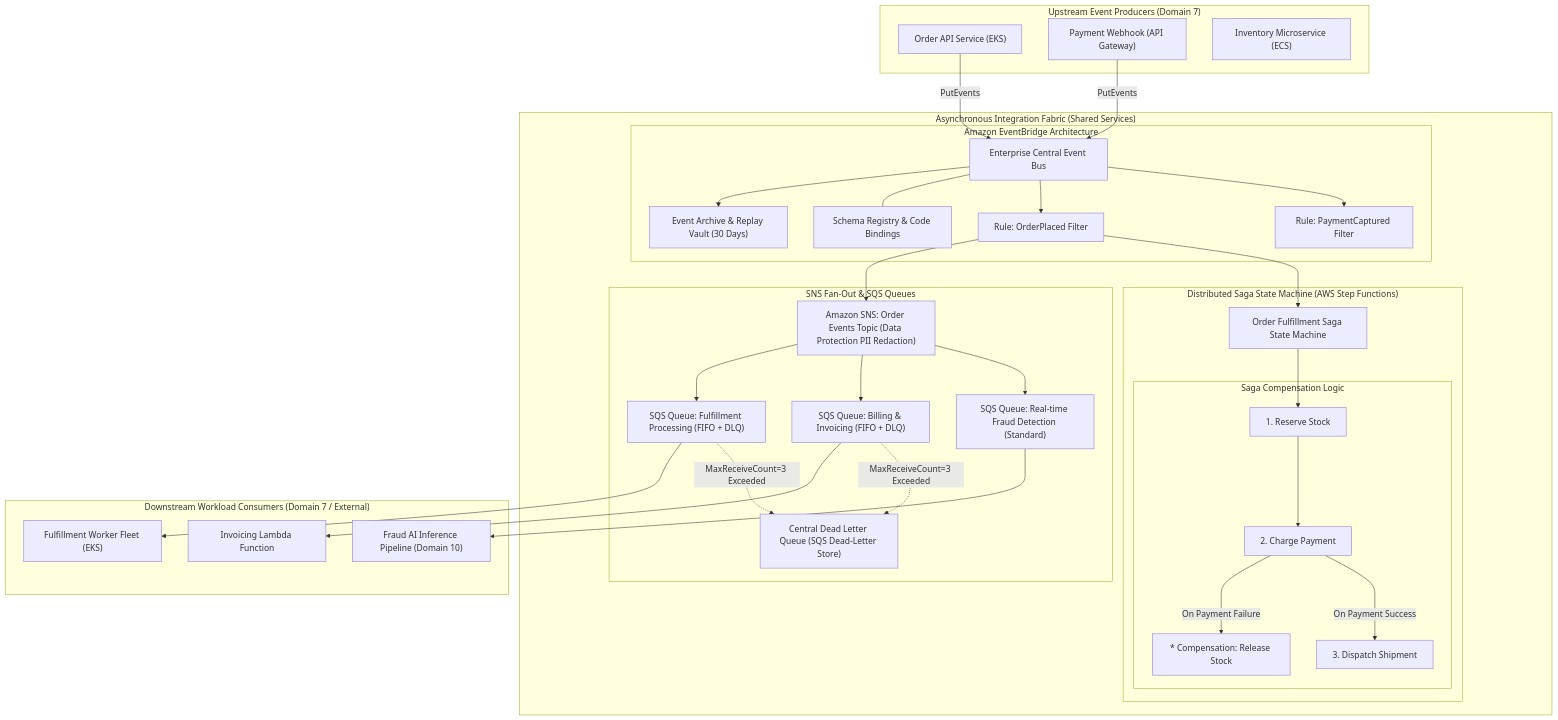
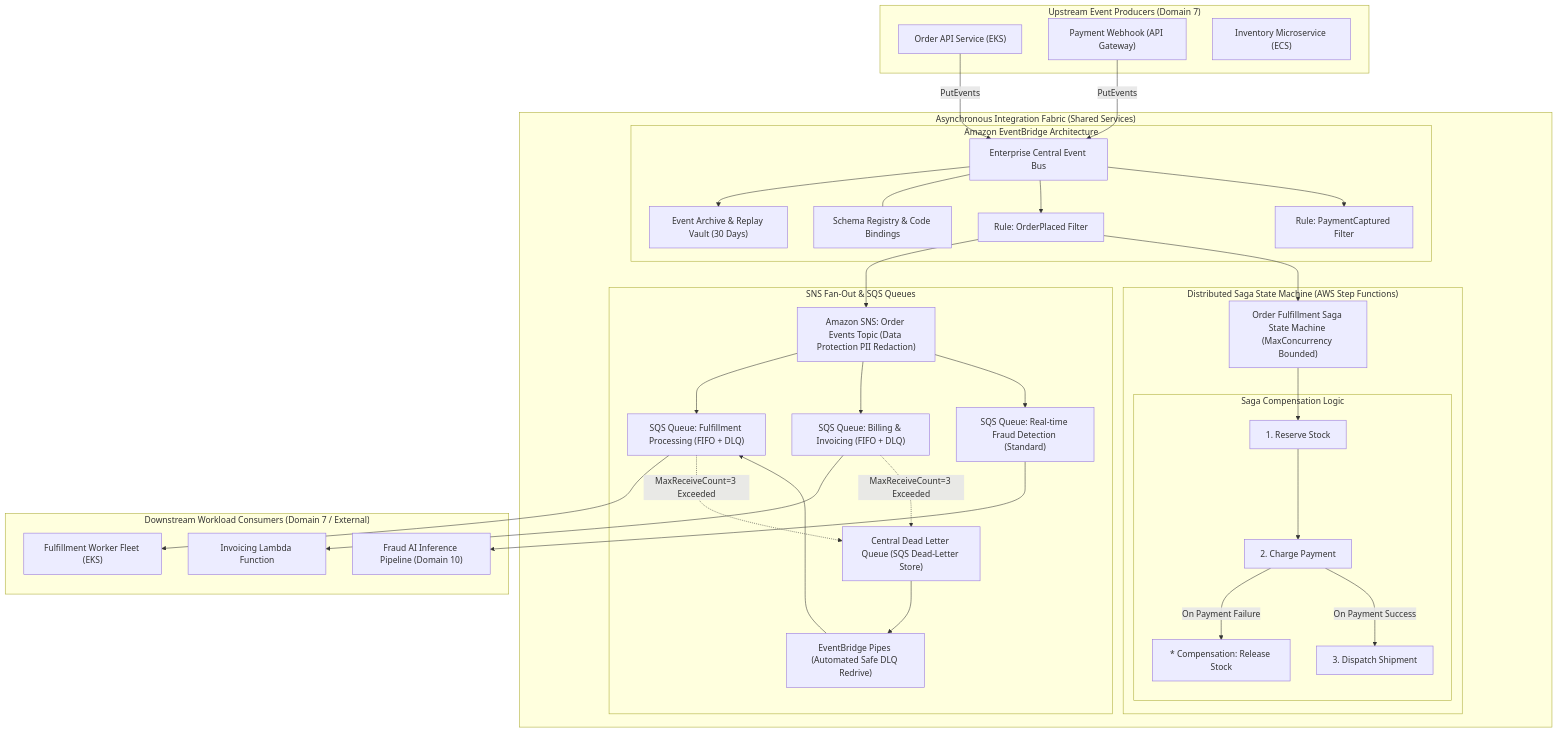
One commit to minddrop/aws-solution-map changed the diagram in docs/08-application-integration-async-orchestration.md. Above: the diagram before and after it, drawn with Mermaid. The commit also changed other lines of this file and 16 other files, not shown here.

Commit message:
feat(blueprint): apply enterprise architectural modernizations across all 11 domains and contracts

````diff
--- a/docs/08-application-integration-async-orchestration.md
+++ b/docs/08-application-integration-async-orchestration.md
@@ -102,75 +100,77 @@
 ```mermaid
 flowchart TB
     subgraph Publisher_Services["Upstream Event Producers (Domain 7)"]
         Order_Microservice["Order API Service (EKS)"]
         Payment_Webhook["Payment Webhook (API Gateway)"]
         Inventory_Service["Inventory Microservice (ECS)"]
     end
 
     subgraph Central_Integration_Platform["Asynchronous Integration Fabric (Shared Services)"]
         
         subgraph EventBridge_Core["Amazon EventBridge Architecture"]
             Central_Bus["Enterprise Central Event Bus"]
             Schema_Discovery["Schema Registry & Code Bindings"]
             Event_Archive["Event Archive & Replay Vault (30 Days)"]
             
             Rule_Order_Placed["Rule: OrderPlaced Filter"]
             Rule_Payment_Processed["Rule: PaymentCaptured Filter"]
         end
 
         subgraph Fanout_and_Buffering["SNS Fan-Out & SQS Queues"]
             SNS_Order_Events["Amazon SNS: Order Events Topic (Data Protection PII Redaction)"]
             
             SQS_Fulfillment["SQS Queue: Fulfillment Processing (FIFO + DLQ)"]
             SQS_Billing["SQS Queue: Billing & Invoicing (FIFO + DLQ)"]
             SQS_Fraud["SQS Queue: Real-time Fraud Detection (Standard)"]
             
             Central_DLQ["Central Dead Letter Queue (SQS Dead-Letter Store)"]
+            EB_Pipes_Redrive["EventBridge Pipes (Automated Safe DLQ Redrive)"]
         end
 
         subgraph Saga_Workflow_Engine["Distributed Saga State Machine (AWS Step Functions)"]
-            SFN_Order_Saga["Order Fulfillment Saga State Machine"]
+            SFN_Order_Saga["Order Fulfillment Saga State Machine (MaxConcurrency Bounded)"]
             
             subgraph Saga_Steps["Saga Compensation Logic"]
                 Step_Reserve_Stock["1. Reserve Stock"]
                 Step_Process_Card["2. Charge Payment"]
                 Step_Compensate_Stock["* Compensation: Release Stock"]
                 Step_Notify_Ship["3. Dispatch Shipment"]
             end
         end
 
     end
 
     subgraph Downstream_Consumers["Downstream Workload Consumers (Domain 7 / External)"]
         Fulfillment_Worker["Fulfillment Worker Fleet (EKS)"]
         Billing_Worker["Invoicing Lambda Function"]
         Fraud_ML_Pipeline["Fraud AI Inference Pipeline (Domain 10)"]
     end
 
     %% Event Ingestion
     Order_Microservice & Payment_Webhook -->|PutEvents| Central_Bus
     Central_Bus --> Event_Archive
     Central_Bus --- Schema_Discovery
 
     %% Routing to Rules
     Central_Bus --> Rule_Order_Placed & Rule_Payment_Processed
     Rule_Order_Placed --> SNS_Order_Events
     Rule_Order_Placed --> SFN_Order_Saga
 
     %% Fanout to Queues
     SNS_Order_Events --> SQS_Fulfillment & SQS_Billing & SQS_Fraud
 
     %% Consumer Processing
     SQS_Fulfillment --> Fulfillment_Worker
     SQS_Billing --> Billing_Worker
     SQS_Fraud --> Fraud_ML_Pipeline
 
-    %% DLQ Handling
+    %% DLQ Handling & Automated Redrive
     SQS_Fulfillment -.->|MaxReceiveCount=3 Exceeded| Central_DLQ
     SQS_Billing -.->|MaxReceiveCount=3 Exceeded| Central_DLQ
+    Central_DLQ --> EB_Pipes_Redrive --> SQS_Fulfillment
 
     %% Step Functions Saga flow
     SFN_Order_Saga --> Step_Reserve_Stock --> Step_Process_Card
     Step_Process_Card -->|On Payment Failure| Step_Compensate_Stock
     Step_Process_Card -->|On Payment Success| Step_Notify_Ship
 ```
````
